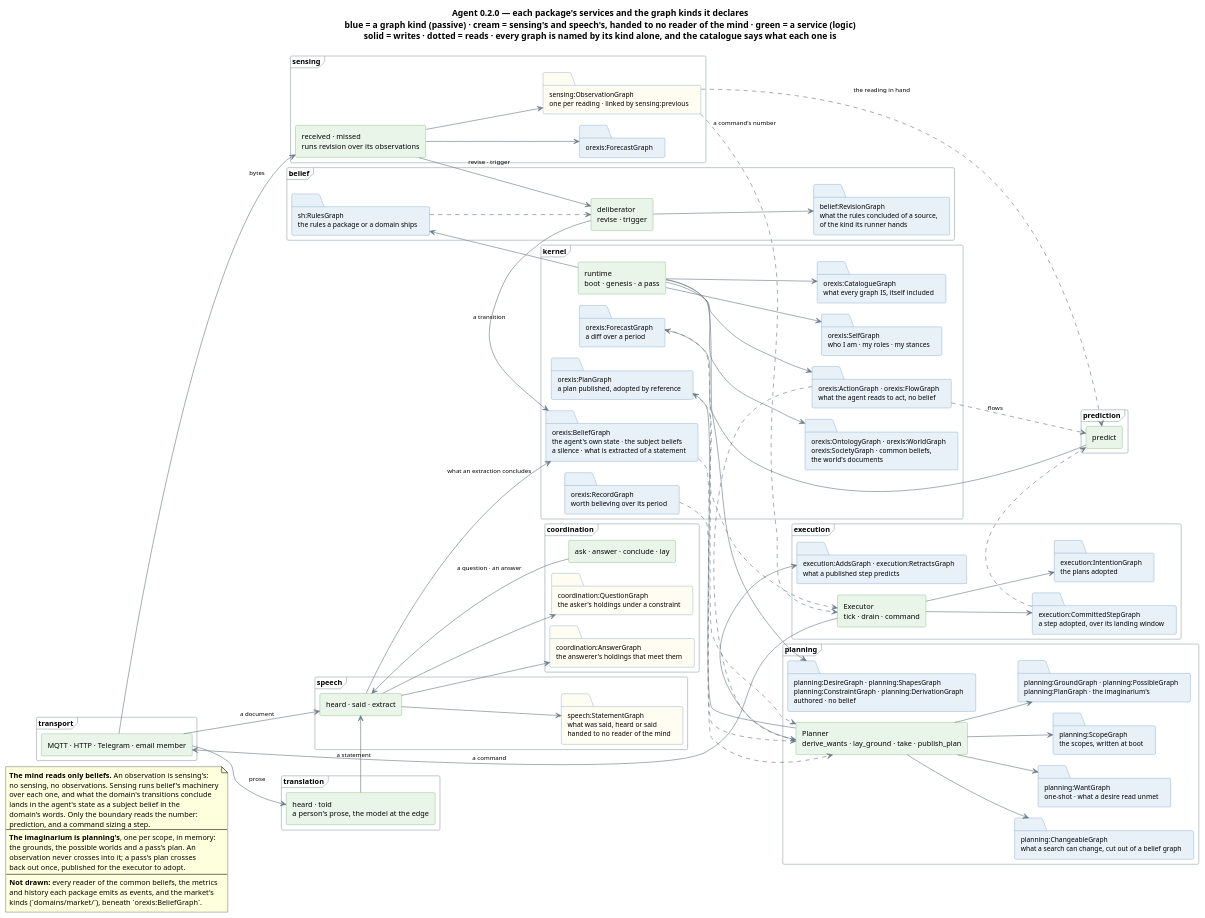
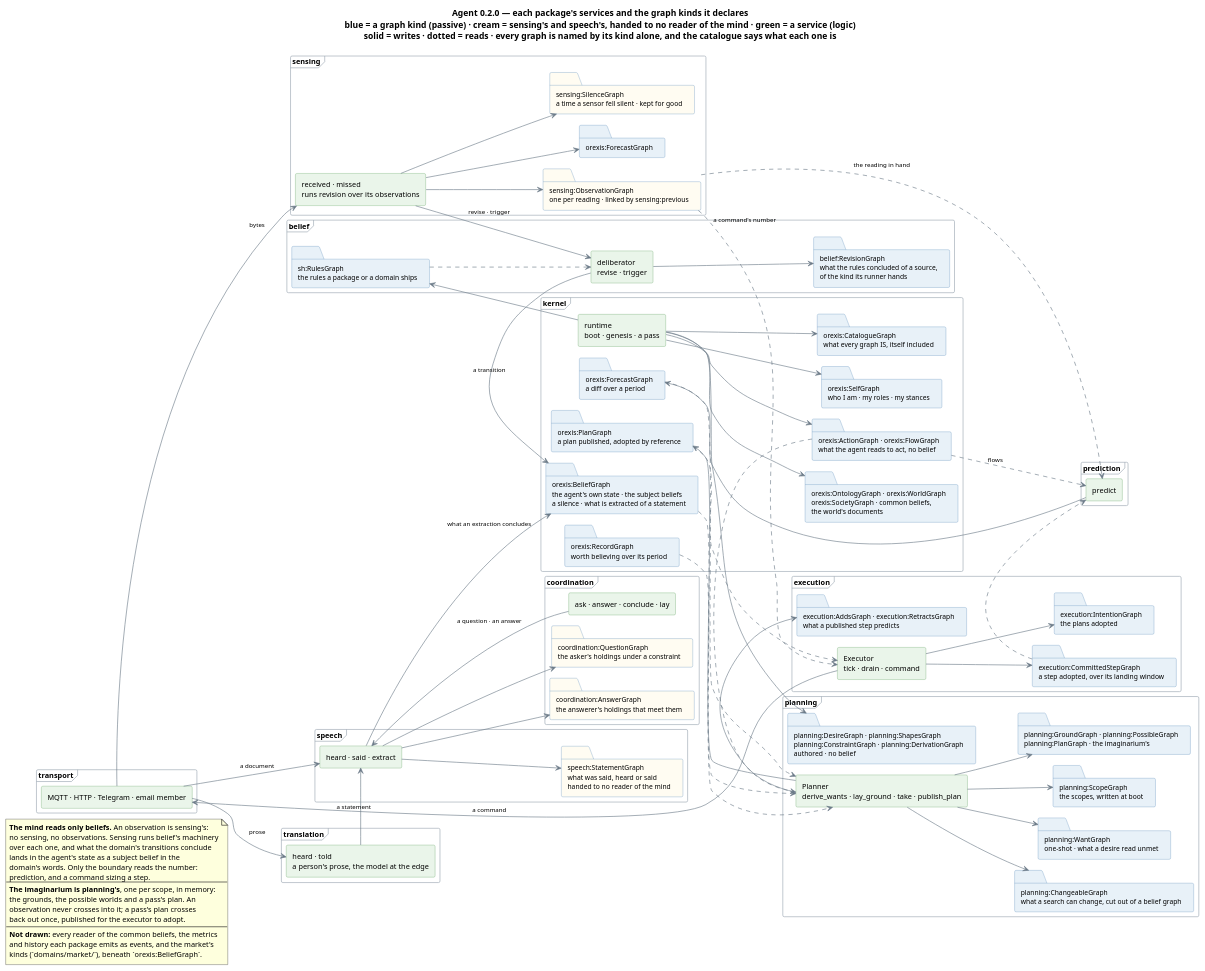
The diagram in knowledge/diagrams/agent-structure.puml (ShishkinDmitriy/orexis), drawn with PlantUML before and after one commit. The commit also changed 14 other files, not shown here.

First line of the commit message:
A silence is kept as what sensing knows of its sensor

```diff
--- a/knowledge/diagrams/agent-structure.puml
+++ b/knowledge/diagrams/agent-structure.puml
@@ -1,152 +1,154 @@
 @startuml agent-structure
 !pragma layout smetana
 title Agent 0.2.0 — each package's services and the graph kinds it declares\nblue = a graph kind (passive) · cream = sensing's and speech's, handed to no reader of the mind · green = a service (logic)\nsolid = writes · dotted = reads · every graph is named by its kind alone, and the catalogue says what each one is
 
 left to right direction
 skinparam componentStyle rectangle
 skinparam shadowing false
 skinparam defaultFontSize 12
 skinparam titleFontSize 14
 skinparam ArrowFontSize 10
 skinparam ArrowColor #6B7A88
 skinparam folder {
   BackgroundColor #E8F1F8
   BorderColor #5B8DB8
   FontSize 11
 }
 skinparam component {
   BackgroundColor #EAF5EA
   BorderColor #5E9E5E
 }
 skinparam frame {
   BorderColor #9AA5B1
   FontSize 12
 }
 
 frame "transport" {
   component "MQTT · HTTP · Telegram · email member" as TR
 }
 
 frame "sensing" {
   component "received · missed\nruns revision over its observations" as SEN
   folder "sensing:ObservationGraph\none per reading · linked by sensing:previous" as obs #FFFCF2
   folder "orexis:ForecastGraph" as fc
+  folder "sensing:SilenceGraph\na time a sensor fell silent · kept for good" as sil #FFFCF2
 }
 
 frame "speech" {
   component "heard · said · extract" as SP
   folder "speech:StatementGraph\nwhat was said, heard or said\nhanded to no reader of the mind" as utt #FFFCF2
 }
 
 frame "translation" {
   component "heard · told\na person's prose, the model at the edge" as TRL
 }
 
 frame "coordination" {
   component "ask · answer · conclude · lay" as CO
   folder "coordination:QuestionGraph\nthe asker's holdings under a constraint" as que #FFFCF2
   folder "coordination:AnswerGraph\nthe answerer's holdings that meet them" as ans #FFFCF2
 }
 
 frame "belief" {
   component "deliberator\nrevise · trigger" as DEL
   folder "belief:RevisionGraph\nwhat the rules concluded of a source,\nof the kind its runner hands" as rev
   folder "sh:RulesGraph\nthe rules a package or a domain ships" as rules
 }
 
 frame "kernel" {
   component "runtime\nboot · genesis · a pass" as RT
   folder "orexis:CatalogueGraph\nwhat every graph IS, itself included" as cat
   folder "orexis:OntologyGraph · orexis:WorldGraph\norexis:SocietyGraph · common beliefs,\nthe world's documents" as pub
   folder "orexis:ActionGraph · orexis:FlowGraph\nwhat the agent reads to act, no belief" as acts
   folder "orexis:SelfGraph\nwho I am · my roles · my stances" as self
   folder "orexis:BeliefGraph\nthe agent's own state · the subject beliefs\na silence · what is extracted of a statement" as st
   folder "orexis:ForecastGraph\na diff over a period" as pr
   folder "orexis:PlanGraph\na plan published, adopted by reference" as plan
   folder "orexis:RecordGraph\nworth believing over its period" as rec
 }
 
 frame "prediction" {
   component "predict" as PRE
 }
 
 frame "planning" {
   component "Planner\nderive_wants · lay_ground · take · publish_plan" as PL
   folder "planning:DesireGraph · planning:ShapesGraph\nplanning:ConstraintGraph · planning:DerivationGraph\nauthored · no belief" as des
   folder "planning:WantGraph\none-shot · what a desire read unmet" as want
   folder "planning:ScopeGraph\nthe scopes, written at boot" as scope
   folder "planning:GroundGraph · planning:PossibleGraph\nplanning:PlanGraph · the imaginarium's" as img
   folder "planning:ChangeableGraph\nwhat a search can change, cut out of a belief graph" as cut
 }
 
 frame "execution" {
   component "Executor\ntick · drain · command" as EX
   folder "execution:IntentionGraph\nthe plans adopted" as int
   folder "execution:CommittedStepGraph\na step adopted, over its landing window" as cs
   folder "execution:AddsGraph · execution:RetractsGraph\nwhat a published step predicts" as diff
 }
 
 ' ───────────────────────── who writes what ─────────────────────────
 
 RT  --> cat
 RT  --> pub
 RT  --> acts
 RT  --> self
 RT  --> des
 RT  --> rules
 TR  --> TRL : prose
 TRL --> SP : a statement
 TR  --> SEN : bytes
 TR  --> SP : a document
 SEN --> obs
 SEN --> fc
+SEN --> sil
 SEN --> DEL : revise · trigger
 DEL --> rev
 DEL --> st : a transition
 SP  --> utt
 SP  --> st : what an extraction concludes
 CO  --> SP : a question · an answer
 SP  --> que
 SP  --> ans
 PRE --> pr
 PL  --> scope
 PL  --> want
 PL  --> img
 PL  --> cut
 PL  --> plan
 PL  --> diff
 EX  --> int
 EX  --> cs
 EX  --> TR : a command
 
 ' ───────────────────────── who reads what ─────────────────────────
 
 obs ..> PRE : the reading in hand
 obs ..> EX : a command's number
 cs  ..> PRE
 st  ..> PL
 pr  ..> PL
 rec ..> PL
 plan ..> EX
 rules ..> DEL
 acts ..> PL
 acts ..> PRE : flows
 
 note as N1
   **The mind reads only beliefs.** An observation is sensing's:
   no sensing, no observations. Sensing runs belief's machinery
   over each one, and what the domain's transitions conclude
   lands in the agent's state as a subject belief in the
   domain's words. Only the boundary reads the number:
   prediction, and a command sizing a step.
   ----
   **The imaginarium is planning's**, one per scope, in memory:
   the grounds, the possible worlds and a pass's plan. An
   observation never crosses into it; a pass's plan crosses
   back out once, published for the executor to adopt.
   ----
   **Not drawn:** every reader of the common beliefs, the metrics
   and history each package emits as events, and the market's
   kinds (`domains/market/`), beneath `orexis:BeliefGraph`.
 end note
 @enduml
```
